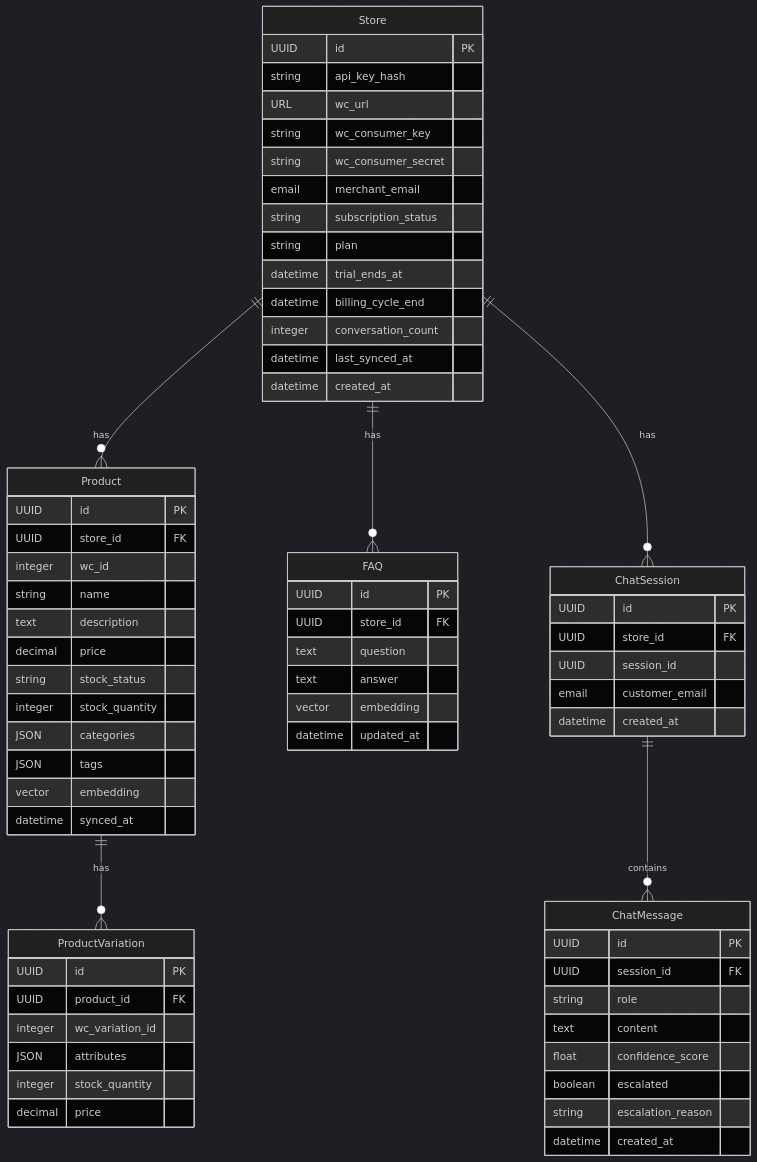
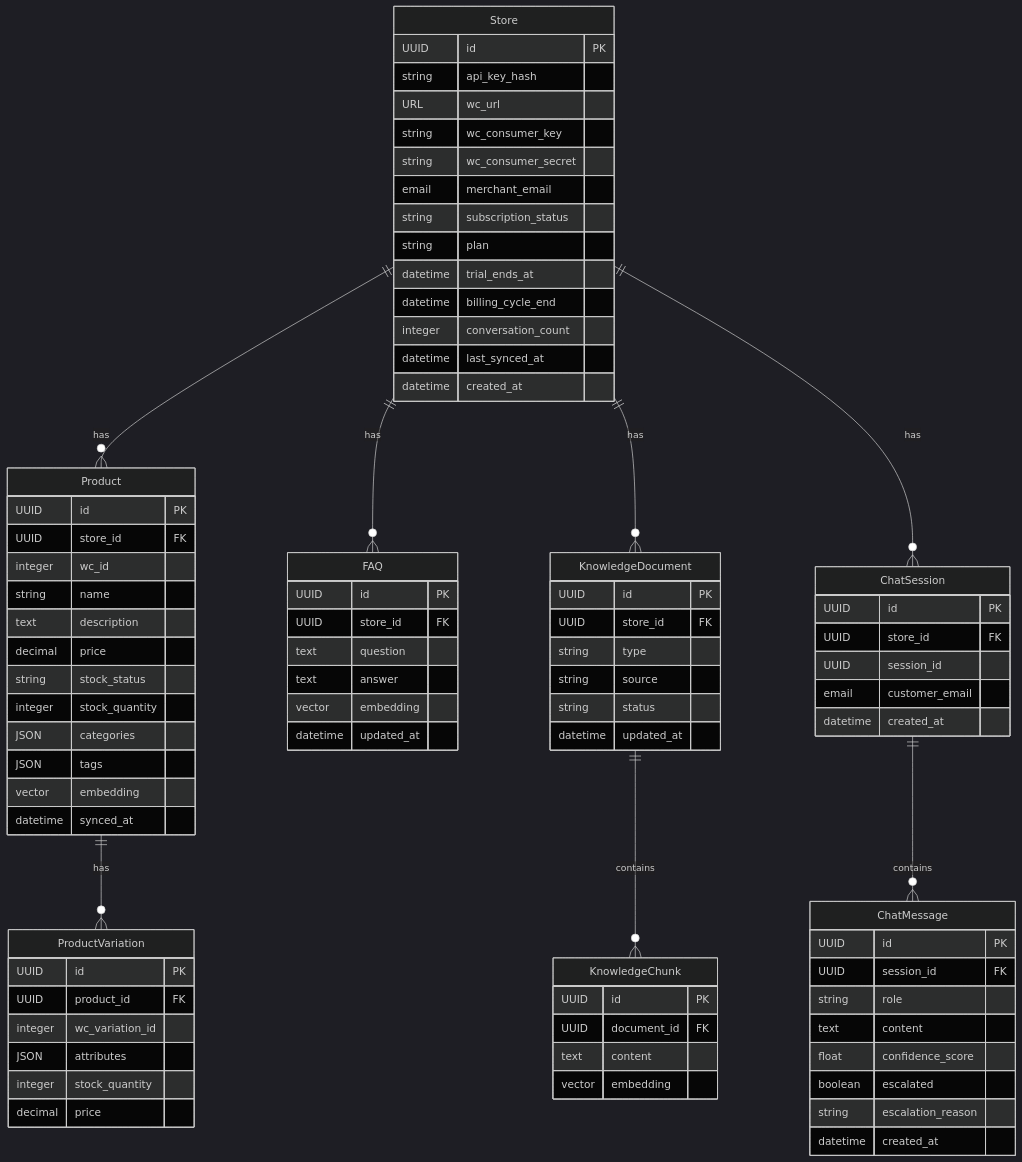
One commit to aji-pratama/woocs changed the first of 6 diagrams in _docs/PRD.md. Above: the diagram before and after it, drawn with Mermaid (dark theme). The commit also changed other lines of this file, not shown here.

Commit message:
docs: update project requirements document to reflect recent scope changes

````diff
--- a/_docs/PRD.md
+++ b/_docs/PRD.md
@@ -189,6 +197,22 @@
         datetime updated_at
     }
     
+    KnowledgeDocument {
+        UUID id PK
+        UUID store_id FK
+        string type
+        string source
+        string status
+        datetime updated_at
+    }
+    
+    KnowledgeChunk {
+        UUID id PK
+        UUID document_id FK
+        text content
+        vector embedding
+    }
+    
     ChatSession {
         UUID id PK
         UUID store_id FK
@@ -210,7 +234,9 @@
 
     Store ||--o{ Product : "has"
     Store ||--o{ FAQ : "has"
+    Store ||--o{ KnowledgeDocument : "has"
     Store ||--o{ ChatSession : "has"
     Product ||--o{ ProductVariation : "has"
+    KnowledgeDocument ||--o{ KnowledgeChunk : "contains"
     ChatSession ||--o{ ChatMessage : "contains"
 ```
````
